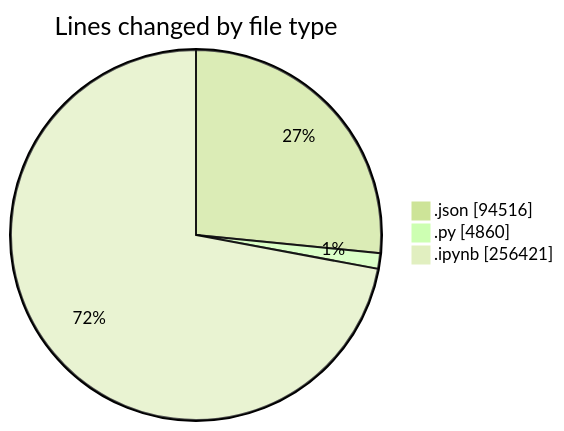
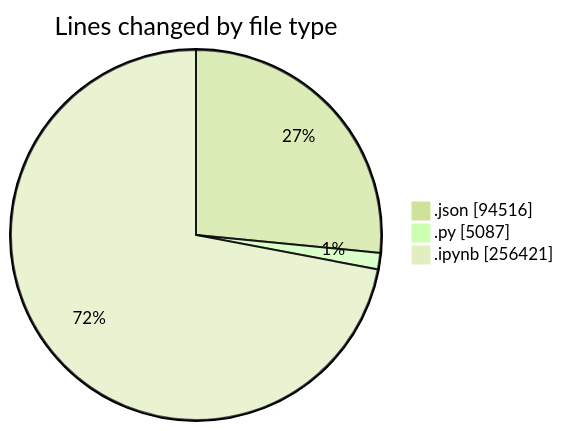
One commit to MatusMokan/code-tracking changed the first of 2 diagrams in 2025-10-04/untitled__workspace_/README.md. Above: the diagram before and after it, drawn with Mermaid (forest theme). The commit also changed other lines of this file and 1 other file, not shown here.

````diff
--- a/2025-10-04/untitled__workspace_/README.md
+++ b/2025-10-04/untitled__workspace_/README.md
@@ -38,7 +38,7 @@
 ```mermaid
 pie showData
 title Lines changed by file type
 ".json" : 94516
-".py" : 4860
+".py" : 5087
 ".ipynb" : 256421
 ```
````
